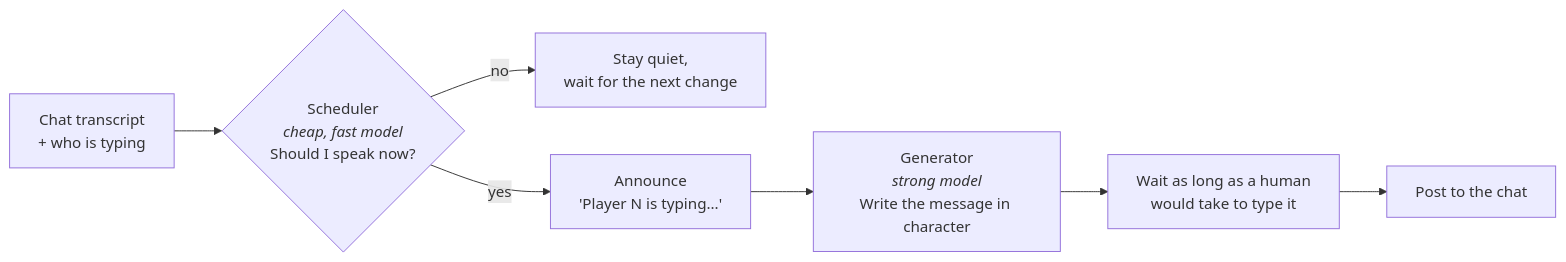
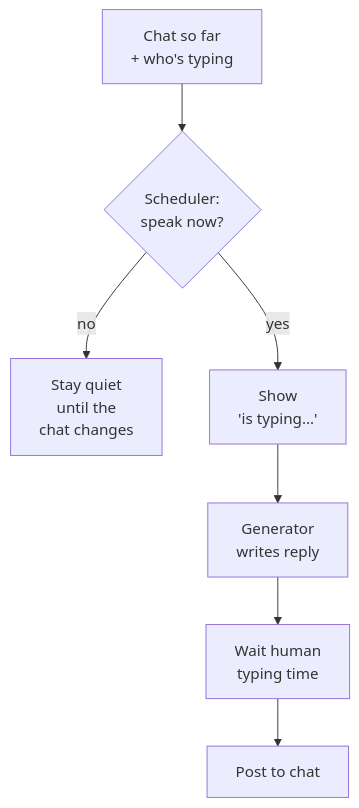
Before and after one commit to surbhit20/multi-agent-orchestration: the first of 4 diagrams in README.md, drawn with Mermaid. The commit also changed other lines of this file, not shown here.

First line of the commit message:
Fix README diagrams that GitHub clipped

````diff
--- a/README.md
+++ b/README.md
@@ -94,9 +95,9 @@
 ```mermaid
-flowchart LR
-    T[Chat transcript<br/>+ who is typing] --> S{Scheduler<br/><i>cheap, fast model</i><br/>Should I speak now?}
-    S -- no --> W[Stay quiet,<br/>wait for the next change]
-    S -- yes --> TY[Announce<br/>'Player N is typing...']
-    TY --> G[Generator<br/><i>strong model</i><br/>Write the message in character]
-    G --> D[Wait as long as a human<br/>would take to type it]
-    D --> P[Post to the chat]
+flowchart TB
+    T["Chat so far<br/>+ who's typing"] --> S{"Scheduler:<br/>speak now?"}
+    S -- no --> W["Stay quiet<br/>until the<br/>chat changes"]
+    S -- yes --> TY["Show<br/>'is typing...'"]
+    TY --> G["Generator<br/>writes reply"]
+    G --> D["Wait human<br/>typing time"]
+    D --> P["Post to chat"]
 ```
````
